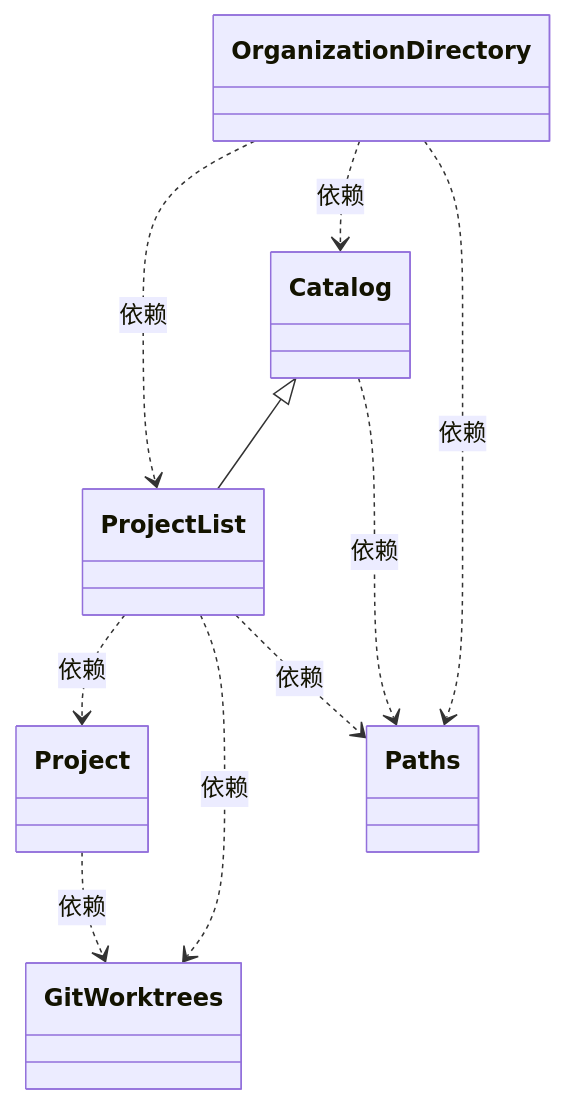
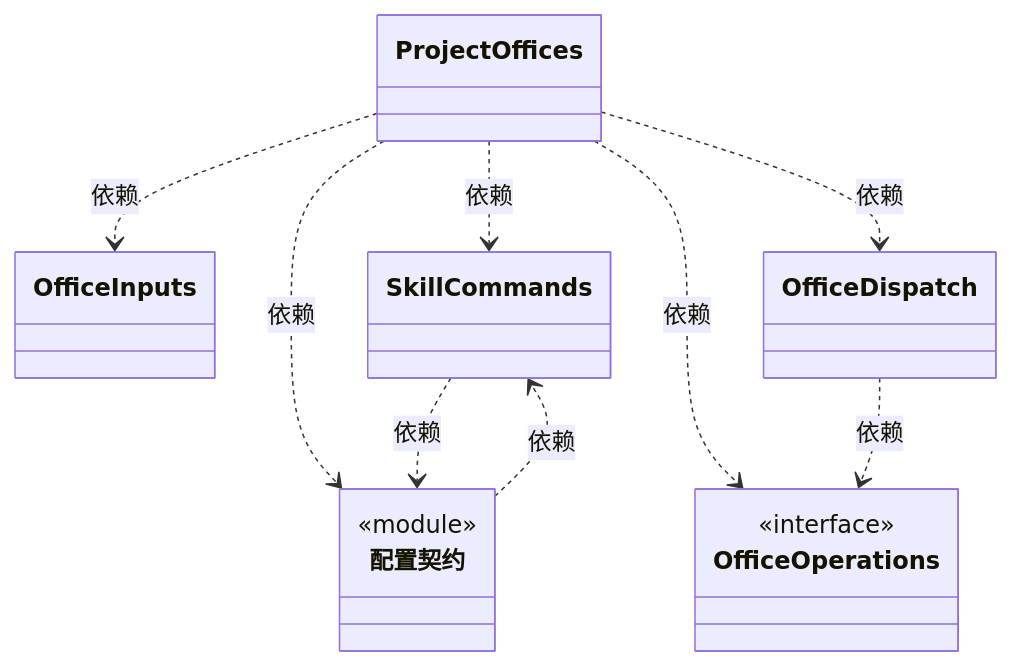
Before and after one commit to nan023062/cbim: the third of 6 diagrams in src/logic/projects/ARCHITECTURE.md, drawn with Mermaid. The commit also changed other lines of this file and 113 other files, not shown here.

````diff
--- a/src/logic/projects/ARCHITECTURE.md
+++ b/src/logic/projects/ARCHITECTURE.md
@@ -106,24 +106,27 @@
 ```mermaid
 classDiagram
-class N_edd7d8b0ed1e["ProjectList"]
-click N_edd7d8b0ed1e href "project.ts"
-class N_0220cf8dfba9["Catalog"]
-click N_0220cf8dfba9 href "index.ts"
-class N_04b72d19bcdf["Project"]
-click N_04b72d19bcdf href "project.ts"
-class N_0783345f8553["GitWorktrees"]
-click N_0783345f8553 href "git-worktrees.ts"
-class N_d7d68021be97["Paths"]
-click N_d7d68021be97 href "paths.ts"
-class N_4486515099c0["OrganizationDirectory"]
-click N_4486515099c0 href "organization-directory.ts"
-N_04b72d19bcdf ..> N_0783345f8553 : 依赖
-N_0220cf8dfba9 <|-- N_edd7d8b0ed1e
-N_edd7d8b0ed1e ..> N_04b72d19bcdf : 依赖
-N_edd7d8b0ed1e ..> N_0783345f8553 : 依赖
-N_edd7d8b0ed1e ..> N_d7d68021be97 : 依赖
-N_0220cf8dfba9 ..> N_d7d68021be97 : 依赖
-N_4486515099c0 ..> N_edd7d8b0ed1e : 依赖
-N_4486515099c0 ..> N_0220cf8dfba9 : 依赖
-N_4486515099c0 ..> N_d7d68021be97 : 依赖
+class N_ca623181cbca["ProjectOffices"]
+click N_ca623181cbca href "offices.ts"
+class N_64258a8e666e["OfficeInputs"]
+click N_64258a8e666e href "office-inputs.ts"
+class N_4572655b68e5["SkillCommands"]
+click N_4572655b68e5 href "agent-configuration.ts"
+class N_2eafc332813f["配置契约"] {
+  <<module>>
+}
+click N_2eafc332813f href "agent-configuration.ts"
+class N_2cbdfe74880b["OfficeDispatch"]
+click N_2cbdfe74880b href "office-dispatch.ts"
+class N_01ca12d270e4["OfficeOperations"] {
+  <<interface>>
+}
+click N_01ca12d270e4 href "office-operations.ts"
+N_ca623181cbca ..> N_64258a8e666e : 依赖
+N_ca623181cbca ..> N_4572655b68e5 : 依赖
+N_ca623181cbca ..> N_2eafc332813f : 依赖
+N_ca623181cbca ..> N_2cbdfe74880b : 依赖
+N_ca623181cbca ..> N_01ca12d270e4 : 依赖
+N_4572655b68e5 ..> N_2eafc332813f : 依赖
+N_2eafc332813f ..> N_4572655b68e5 : 依赖
+N_2cbdfe74880b ..> N_01ca12d270e4 : 依赖
 ```
````
